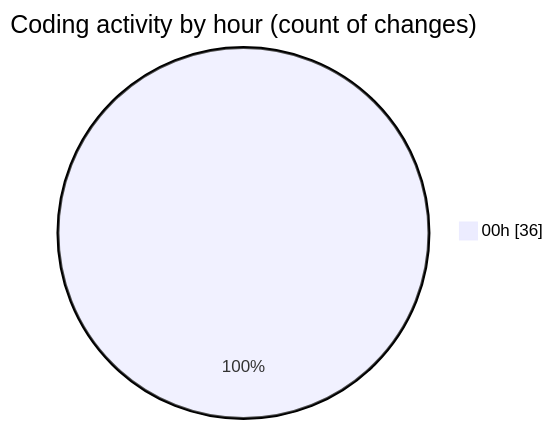
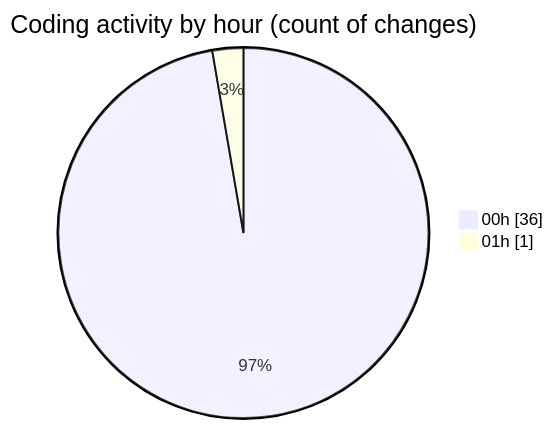
Before and after one commit to Ritupan-Deka/code-tracking: the second of 2 diagrams in 2025-05-04/houserentalservice/README.md, drawn with Mermaid. The commit also changed other lines of this file and 1 other file, not shown here.

````diff
--- a/2025-05-04/houserentalservice/README.md
+++ b/2025-05-04/houserentalservice/README.md
@@ -49,5 +50,6 @@
 ```mermaid
 pie showData
 title Coding activity by hour (count of changes)
 "00h" : 36
+"01h" : 1
 ```
````
